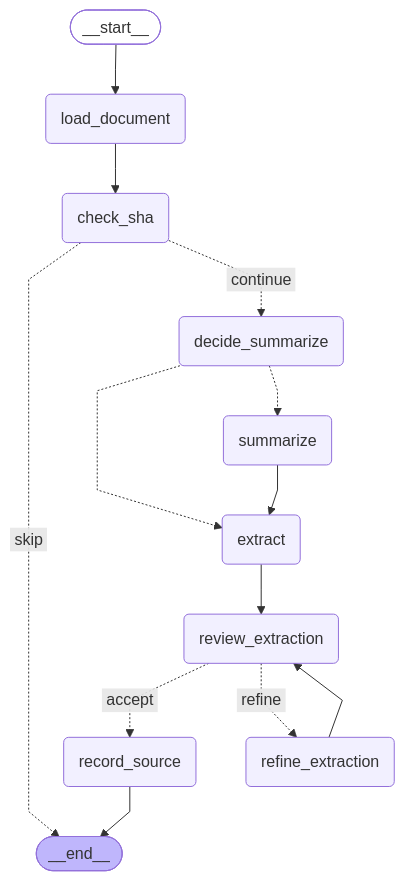
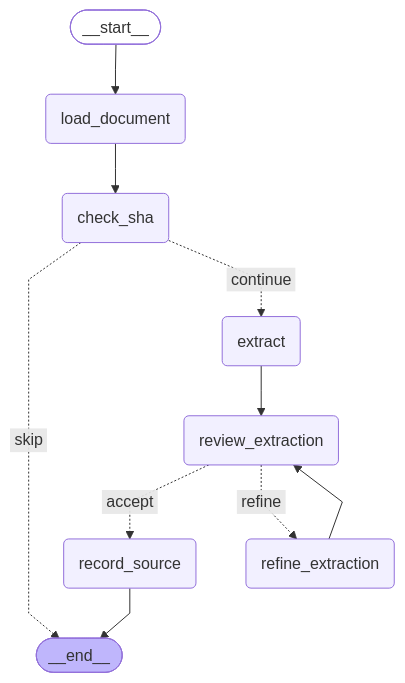
One commit to pongjenren/llm-wiki-langgraph changed the first of 2 diagrams in docs/graphs.md. Above: the diagram before and after it, drawn with Mermaid. The commit also changed 9 other files, not shown here.

````diff
--- a/docs/graphs.md
+++ b/docs/graphs.md
@@ -26,33 +26,28 @@
 ```mermaid
 ---
 config:
   flowchart:
     curve: linear
 ---
 graph TD;
 	__start__([<p>__start__</p>]):::first
 	load_document(load_document)
 	check_sha(check_sha)
-	decide_summarize(decide_summarize)
-	summarize(summarize)
 	extract(extract)
 	review_extraction(review_extraction)
 	refine_extraction(refine_extraction)
 	record_source(record_source)
 	__end__([<p>__end__</p>]):::last
 	__start__ --> load_document;
 	check_sha -. &nbsp;skip&nbsp; .-> __end__;
-	check_sha -. &nbsp;continue&nbsp; .-> decide_summarize;
-	decide_summarize -.-> extract;
-	decide_summarize -.-> summarize;
+	check_sha -. &nbsp;continue&nbsp; .-> extract;
 	extract --> review_extraction;
 	load_document --> check_sha;
 	refine_extraction --> review_extraction;
 	review_extraction -. &nbsp;accept&nbsp; .-> record_source;
 	review_extraction -. &nbsp;refine&nbsp; .-> refine_extraction;
-	summarize --> extract;
 	record_source --> __end__;
 	classDef default fill:#f2f0ff,line-height:1.2
 	classDef first fill-opacity:0
 	classDef last fill:#bfb6fc
 ```
````
